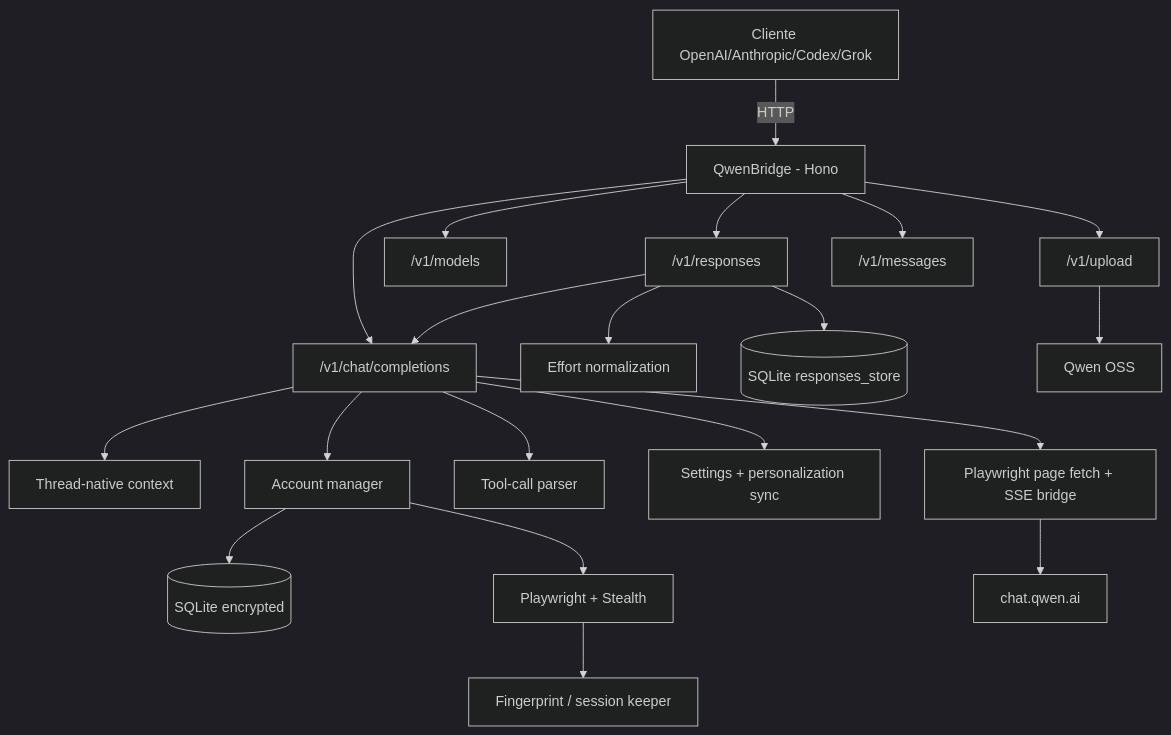
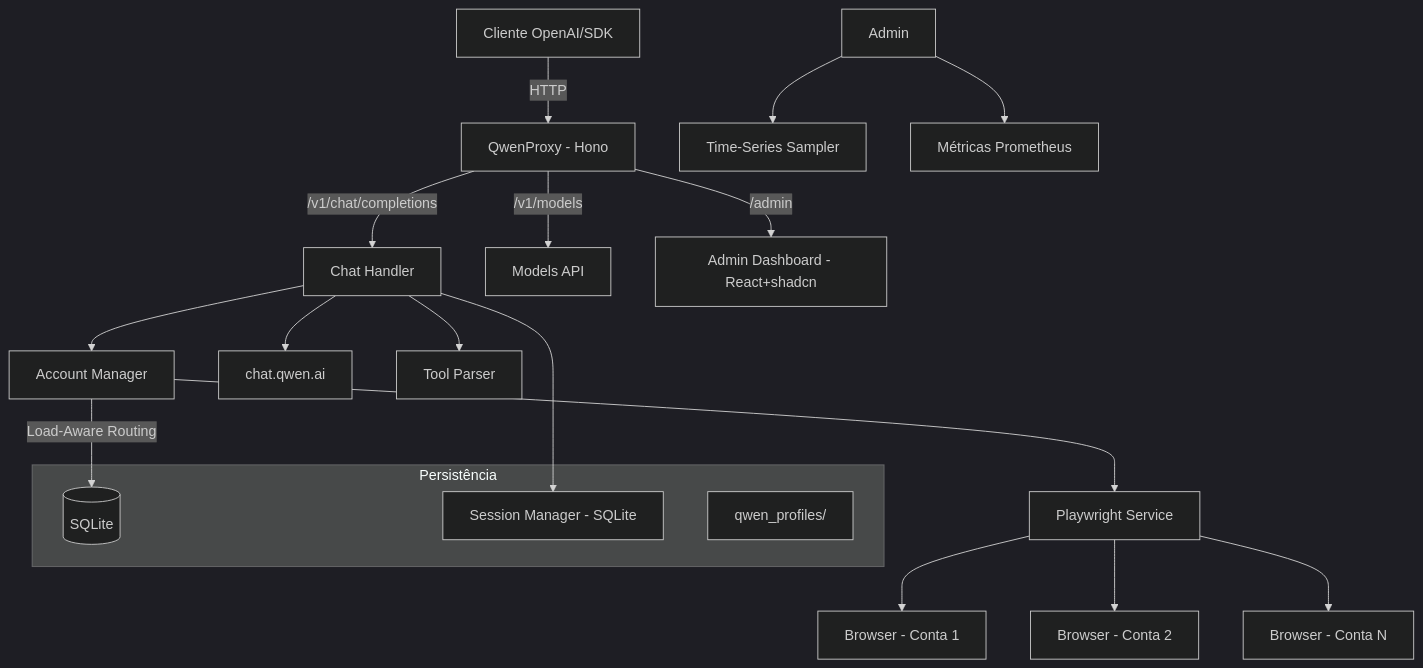
The diagram in README.md (dougllassillva27/qwenbridge-dodo), drawn with Mermaid (dark theme) before and after one commit. The commit also changed other lines of this file and 176 other files, not shown here.

````diff
--- a/README.md
+++ b/README.md
@@ -39,22 +38,24 @@
 ```mermaid
-flowchart TD
-    Client["Cliente OpenAI/Anthropic/Codex/Grok"] -->|HTTP| Proxy["QwenBridge - Hono"]
-    Proxy --> Chat["/v1/chat/completions"]
-    Proxy --> Responses["/v1/responses"]
-    Proxy --> Models["/v1/models"]
-    Proxy --> Upload["/v1/upload"]
-    Proxy --> Anthropic["/v1/messages"]
-    Chat --> Context["Thread-native context"]
-    Responses --> Chat
-    Responses --> Effort["Effort normalization"]
-    Responses --> State[("SQLite responses_store")]
-    Chat --> Accounts["Account manager"]
-    Accounts --> DB[("SQLite encrypted")]
-    Accounts --> Playwright["Playwright + Stealth"]
-    Playwright --> Fingerprint["Fingerprint / session keeper"]
-    Chat --> Parser["Tool-call parser"]
-    Chat --> Personalization["Settings + personalization sync"]
-    Chat --> BrowserTransport["Playwright page fetch + SSE bridge"]
-    BrowserTransport --> Qwen["chat.qwen.ai"]
-    Upload --> OSS["Qwen OSS"]
+graph TD
+    Client[Cliente OpenAI/SDK] -->|HTTP| Proxy[QwenProxy - Hono]
+    Proxy -->|/v1/chat/completions| Handler[Chat Handler]
+    Proxy -->|/v1/models| Models[Models API]
+    Proxy -->|/admin| Dashboard[Admin Dashboard - React+shadcn]
+    Handler --> AccountMgr[Account Manager]
+    AccountMgr -->|Load-Aware Routing| Accounts[(SQLite)]
+    AccountMgr --> Playwright[Playwright Service]
+    Playwright --> Browser1[Browser - Conta 1]
+    Playwright --> Browser2[Browser - Conta 2]
+    Playwright --> BrowserN[Browser - Conta N]
+    Handler --> QwenAPI[chat.qwen.ai]
+    Handler --> Tools[Tool Parser]
+    Handler --> Sessions[Session Manager - SQLite]
+    Admin --> TimeSeries[Time-Series Sampler]
+    Admin --> MetricsSvc[Métricas Prometheus]
+
+    subgraph "Persistência"
+        Accounts
+        Profiles[qwen_profiles/]
+        Sessions
+    end
 ```
````
